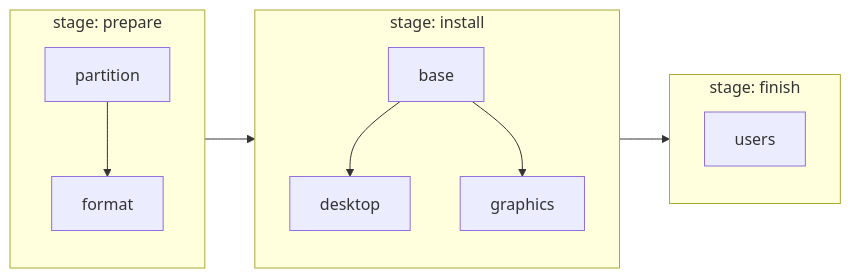
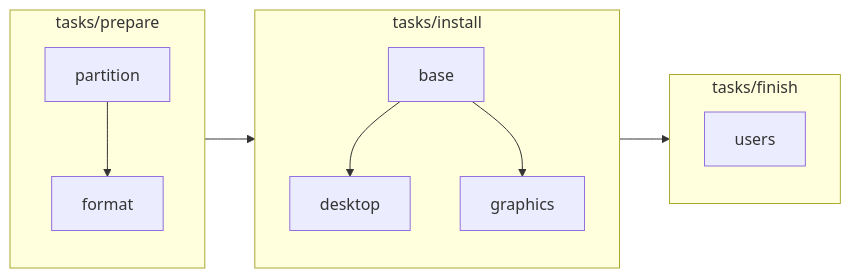
The third of 3 diagrams in docs/README.md (murkl/oak), drawn with Mermaid before and after one commit. The commit also changed other lines of this file and 40 other files, not shown here.

````diff
--- a/docs/README.md
+++ b/docs/README.md
@@ -165,17 +172,17 @@
 ```mermaid
 flowchart LR
-    subgraph S1["stage: prepare"]
+    subgraph S1["tasks/prepare"]
         direction TB
         P1["partition"] --> P2["format"]
     end
-    subgraph S2["stage: install"]
+    subgraph S2["tasks/install"]
         direction TB
         B["base"] --> D["desktop"]
         B --> G["graphics"]
     end
-    subgraph S3["stage: finish"]
+    subgraph S3["tasks/finish"]
         direction TB
         U["users"]
     end
     S1 --> S2 --> S3
 ```
````
